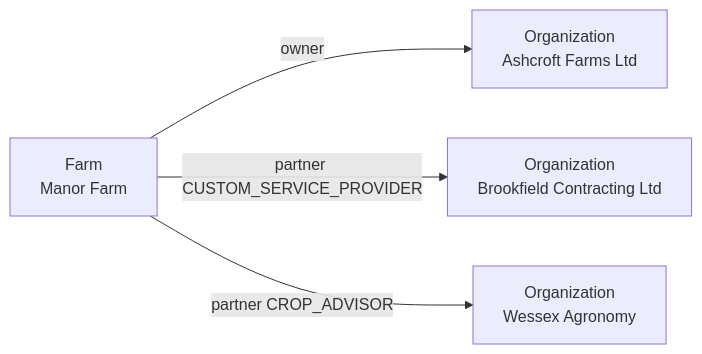
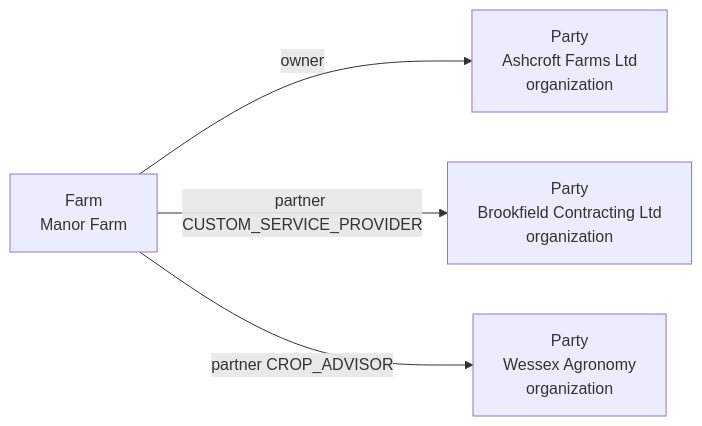
Before and after one commit to DKE-Data/masterdata-sync-working-group: the fourth of 6 diagrams in architecture/08-party-model.md, drawn with Mermaid. The commit also changed other lines of this file and 8 other files, not shown here.

Commit message:
spec: conflate person and organization into party entity

````diff
--- a/architecture/08-party-model.md
+++ b/architecture/08-party-model.md
@@ -116,6 +136,6 @@
 ```mermaid
 flowchart LR
-    F["Farm \n Manor Farm"] -->|"owner"| O["Organization \n Ashcroft Farms Ltd"]
-    F -->|"partner CUSTOM_SERVICE_PROVIDER"| M["Organization \n Brookfield Contracting Ltd"]
-    F -->|"partner CROP_ADVISOR"| S["Organization \n Wessex Agronomy"]
+    F["Farm \n Manor Farm"] -->|"owner"| O["Party \n Ashcroft Farms Ltd \n organization"]
+    F -->|"partner CUSTOM_SERVICE_PROVIDER"| M["Party \n Brookfield Contracting Ltd \n organization"]
+    F -->|"partner CROP_ADVISOR"| S["Party \n Wessex Agronomy \n organization"]
 ```
````
